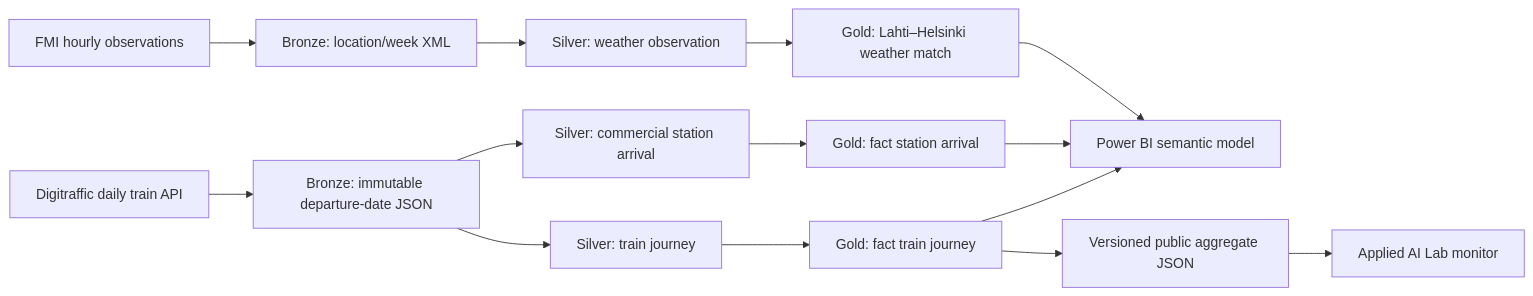
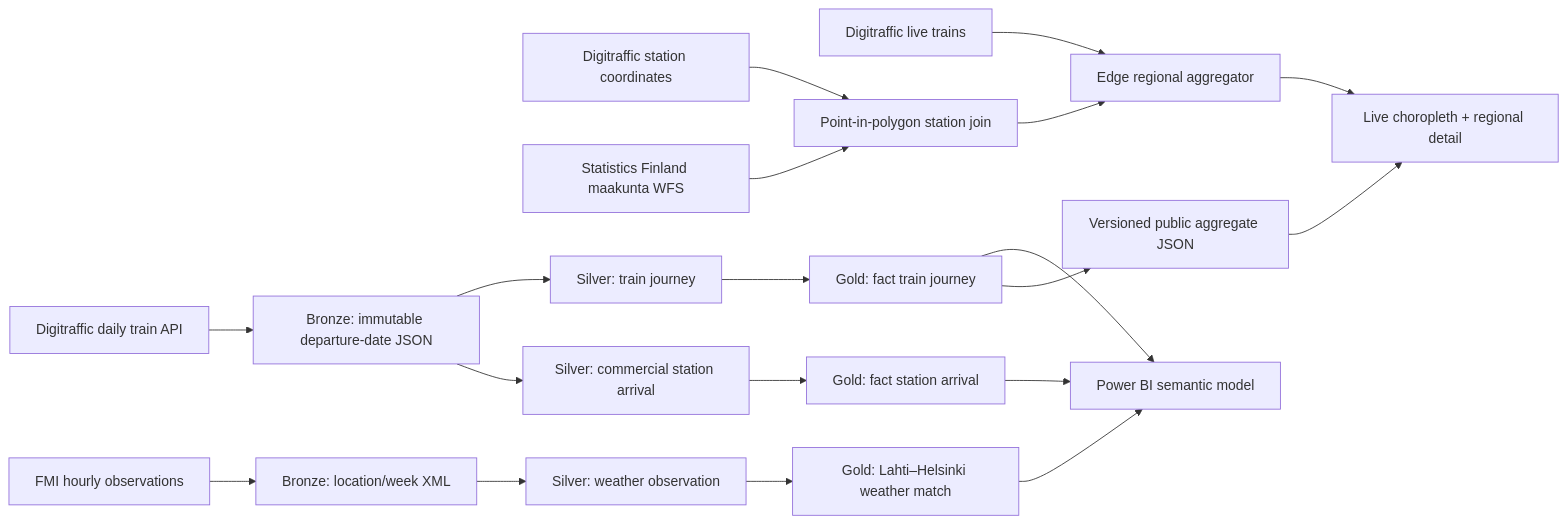
Before and after one commit to Sintagmatarches/applied-ai-lab: the diagram in docs/rail/architecture.md, drawn with Mermaid. The commit also changed other lines of this file and 24 other files, not shown here.

Commit message:
Build Finland rail regional monitoring system

````diff
--- a/docs/rail/architecture.md
+++ b/docs/rail/architecture.md
@@ -5,16 +5,21 @@
 ```mermaid
 flowchart LR
+  R["Digitraffic live trains"] --> RM["Edge regional aggregator"]
+  ST["Digitraffic station coordinates"] --> SJ["Point-in-polygon station join"]
+  SF["Statistics Finland maakunta WFS"] --> SJ
+  SJ --> RM
+  RM --> U["Live choropleth + regional detail"]
   D["Digitraffic daily train API"] --> B["Bronze: immutable departure-date JSON"]
   W["FMI hourly observations"] --> BW["Bronze: location/week XML"]
   B --> S1["Silver: train journey"]
   B --> S2["Silver: commercial station arrival"]
   BW --> S3["Silver: weather observation"]
   S1 --> G1["Gold: fact train journey"]
   S2 --> G2["Gold: fact station arrival"]
   S3 --> G3["Gold: Lahti–Helsinki weather match"]
   G1 --> P["Power BI semantic model"]
   G2 --> P
   G3 --> P
   G1 --> J["Versioned public aggregate JSON"]
-  J --> U["Applied AI Lab monitor"]
+  J --> U
 ```
````
